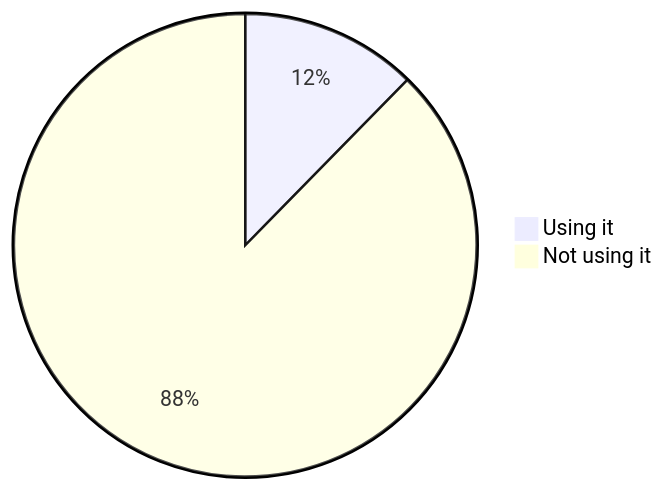
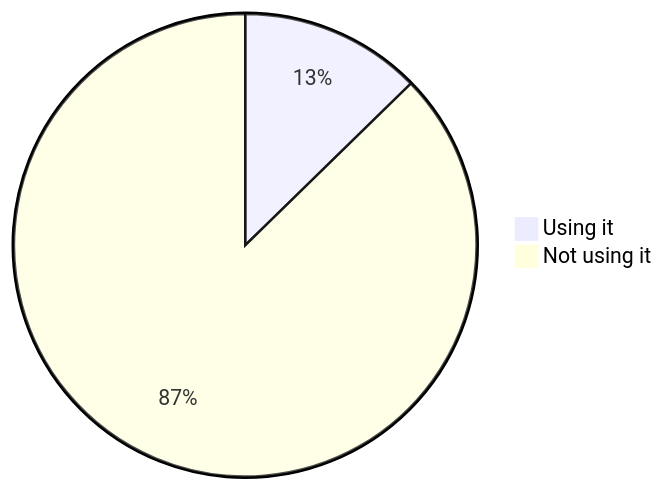
Before and after one commit to oshp/oshp-stats: the fourth of 22 diagrams in stats.md, drawn with Mermaid. The commit also changed other lines of this file, not shown here.

````diff
--- a/stats.md
+++ b/stats.md
@@ -46,6 +46,6 @@
 ```mermaid
 pie
-	"Using it" : 12.34
-	"Not using it" : 87.66
+	"Using it" : 12.69
+	"Not using it" : 87.31
 
 ```
````
